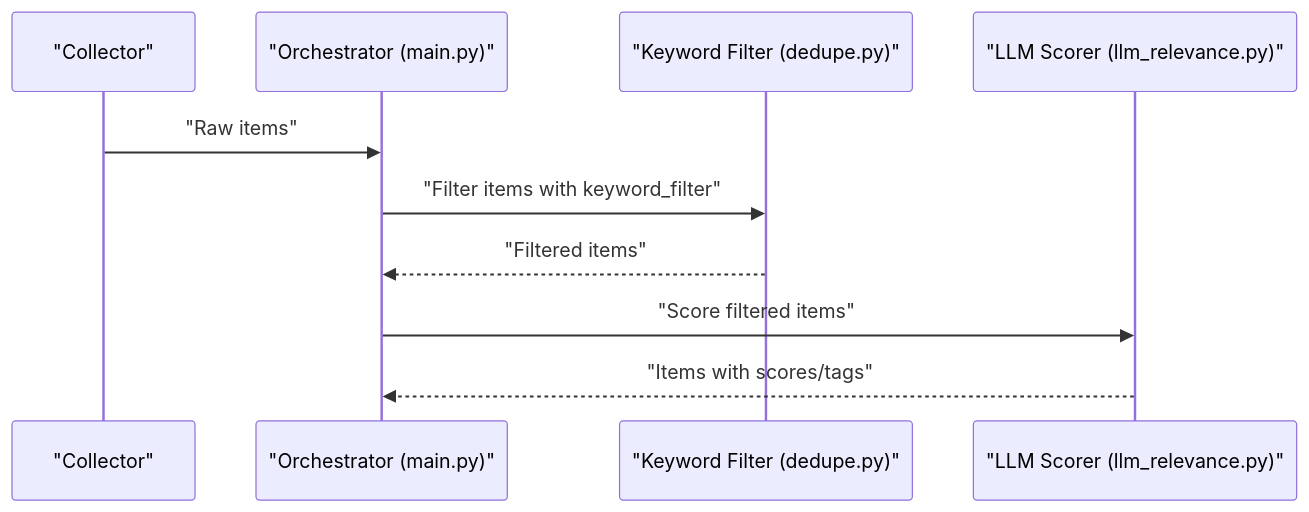
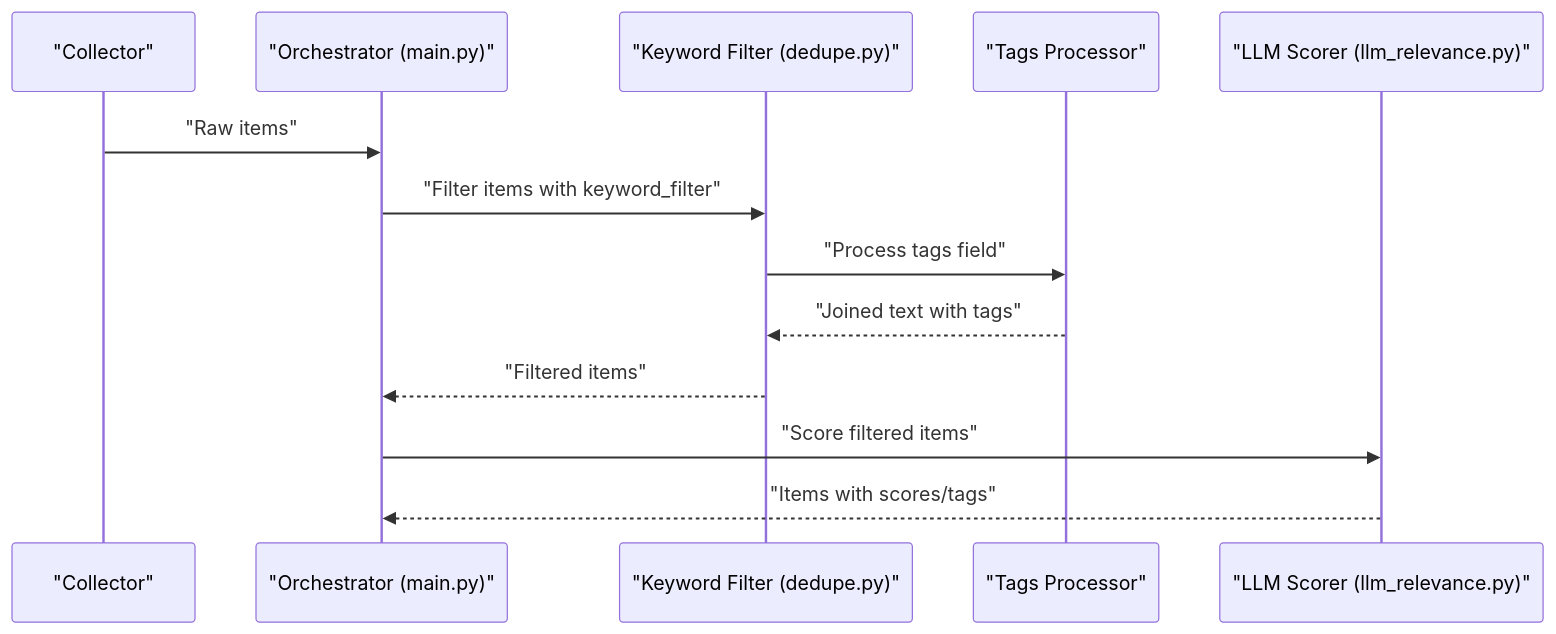
The second of 5 diagrams in .qoder/repowiki/en/content/Content Processing Pipeline/Keyword Pre-filtering.md (shakthi-vinayak/news), drawn with Mermaid before and after one commit. The commit also changed other lines of this file and 37 other files, not shown here.

````diff
--- a/.qoder/repowiki/en/content/Content Processing Pipeline/Keyword Pre-filtering.md
+++ b/.qoder/repowiki/en/content/Content Processing Pipeline/Keyword Pre-filtering.md
@@ -75,12 +86,15 @@
 ```mermaid
 sequenceDiagram
 participant C as "Collector"
 participant O as "Orchestrator (main.py)"
 participant F as "Keyword Filter (dedupe.py)"
+participant T as "Tags Processor"
 participant S as "LLM Scorer (llm_relevance.py)"
 C->>O : "Raw items"
 O->>F : "Filter items with keyword_filter"
+F->>T : "Process tags field"
+T-->>F : "Joined text with tags"
 F-->>O : "Filtered items"
 O->>S : "Score filtered items"
 S-->>O : "Items with scores/tags"
 ```
````
